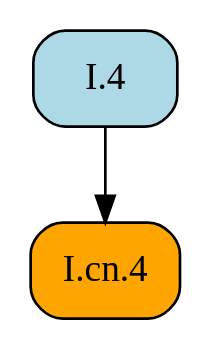
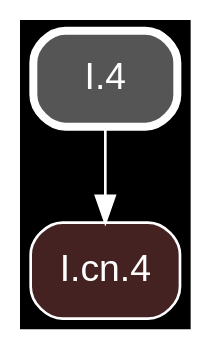
The diagram in docsrc/heath/I/4/index.rst (geometor/elements), drawn with Graphviz before and after one commit. The commit also changed other lines of this file and 1200 other files, not shown here.

Commit message:
update dependency graphs

```diff
--- a/docsrc/heath/I/4/index.rst
+++ b/docsrc/heath/I/4/index.rst
@@ -158,9 +158,11 @@
 .. graphviz::
 
    digraph {
+     bgcolor="black";
+     node [shape=box, style="rounded,filled", fontname="Helvetica", color="white", fontcolor="white"];
+     edge [color="white", fontcolor="white"];
      rankdir="TB";
-     node [shape=box, style=rounded];
-     "I.4" [style="rounded,filled", fillcolor=lightblue, URL="/heath/I/4/", target="_top"];
-     "I.cn.4" [style="rounded,filled", fillcolor=orange, URL="/heath/I/cn.4/", target="_top"];
+     "I.4" [penwidth=3, color="white", fillcolor="#555555", URL="/heath/I/4/", target="_top"];
+     "I.cn.4" [fillcolor="#442222", URL="/heath/I/cn.4/", target="_top"];
      "I.4" -> "I.cn.4";
    }
```
